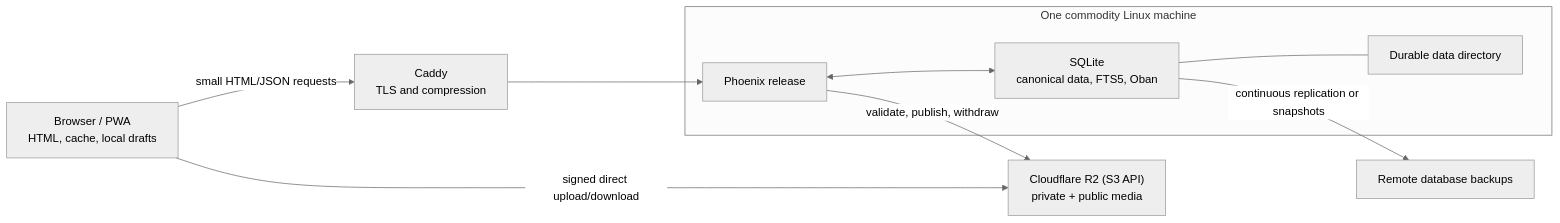
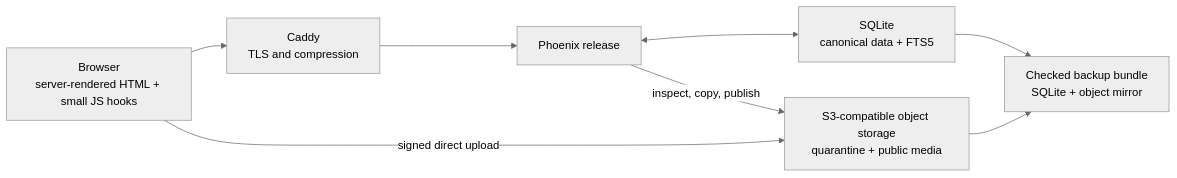
The diagram in docs/architecture.md (aayushmau5/project_skad), drawn with Mermaid (neutral theme) before and after one commit. The commit also changed other lines of this file and 22 other files, not shown here.

```diff
--- a/docs/architecture.md
+++ b/docs/architecture.md
@@ -18,22 +20,16 @@
 ~~~mermaid
 flowchart LR
-  B["Browser / PWA<br/>HTML, cache, local drafts"]
+  B["Browser<br/>server-rendered HTML + small JS hooks"]
   C["Caddy<br/>TLS and compression"]
+  P["Phoenix release"]
+  DB["SQLite<br/>canonical data + FTS5"]
+  OBJ["S3-compatible object storage<br/>quarantine + public media"]
+  BACKUP["Checked backup bundle<br/>SQLite + object mirror"]
 
-  subgraph host["One commodity Linux machine"]
-    P["Phoenix release"]
-    DB["SQLite<br/>canonical data, FTS5, Oban"]
-    DIR["Durable data directory"]
-    P <--> DB
-    DB --- DIR
-  end
-
-  OBJ["Cloudflare R2 (S3 API)<br/>private + public media"]
-  BACKUP["Remote database backups"]
-
-  B -->|"small HTML/JSON requests"| C
-  C --> P
-  B -->|"signed direct upload/download"| OBJ
-  P -->|"validate, publish, withdraw"| OBJ
-  DB -->|"continuous replication or snapshots"| BACKUP
+  B --> C --> P
+  P <--> DB
+  B -->|"signed direct upload"| OBJ
+  P -->|"inspect, copy, publish"| OBJ
+  DB --> BACKUP
+  OBJ --> BACKUP
 ~~~
```
